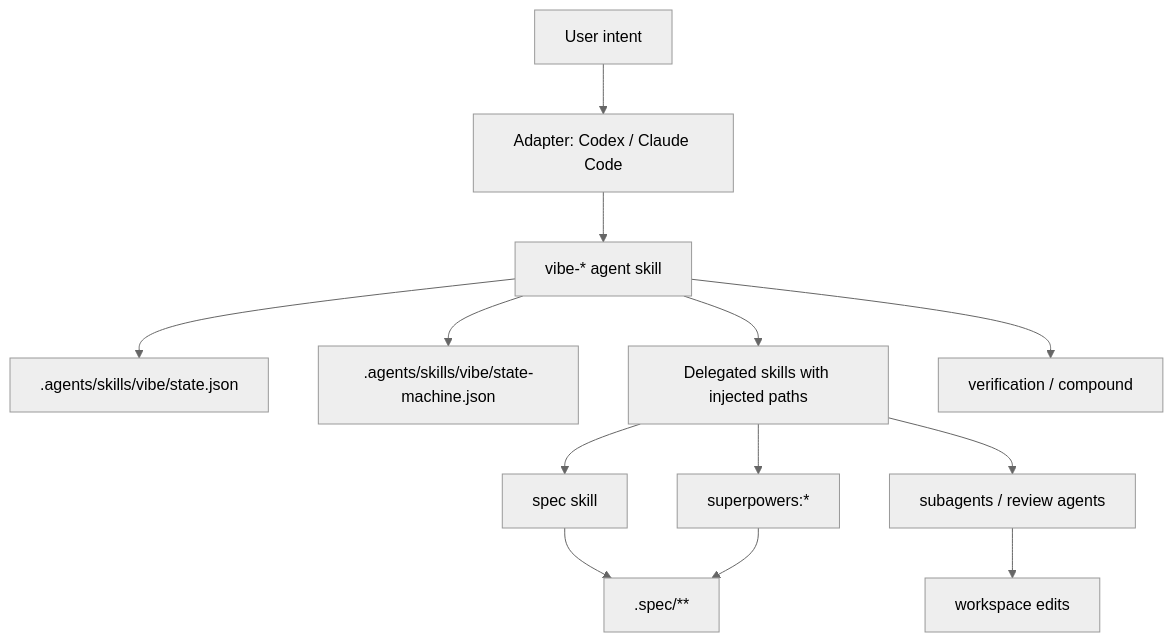
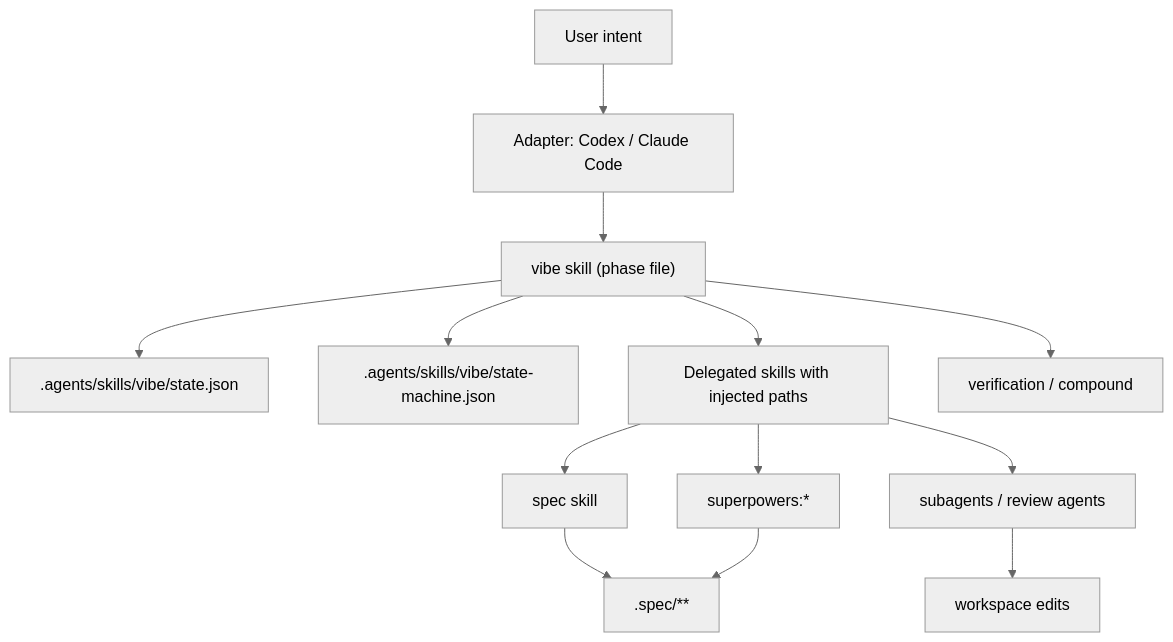
Before and after one commit to LennardZuendorf/vibe: the diagram in .spec/tech.md, drawn with Mermaid (neutral theme). The commit also changed other lines of this file and 1 other file, not shown here.

````diff
--- a/.spec/tech.md
+++ b/.spec/tech.md
@@ -37,15 +40,15 @@
 ```mermaid
 flowchart TD
   U["User intent"] --> A["Adapter: Codex / Claude Code"]
-  A --> K["vibe-* agent skill"]
+  A --> K["vibe skill (phase file)"]
   K --> F[".agents/skills/vibe/state.json"]
   K --> M[".agents/skills/vibe/state-machine.json"]
   K --> D["Delegated skills with injected paths"]
   D --> S["spec skill"]
   D --> P["superpowers:*"]
   D --> G["subagents / review agents"]
   S --> SPEC[".spec/**"]
   P --> SPEC
   G --> SRC["workspace edits"]
   K --> V["verification / compound"]
 ```
````
